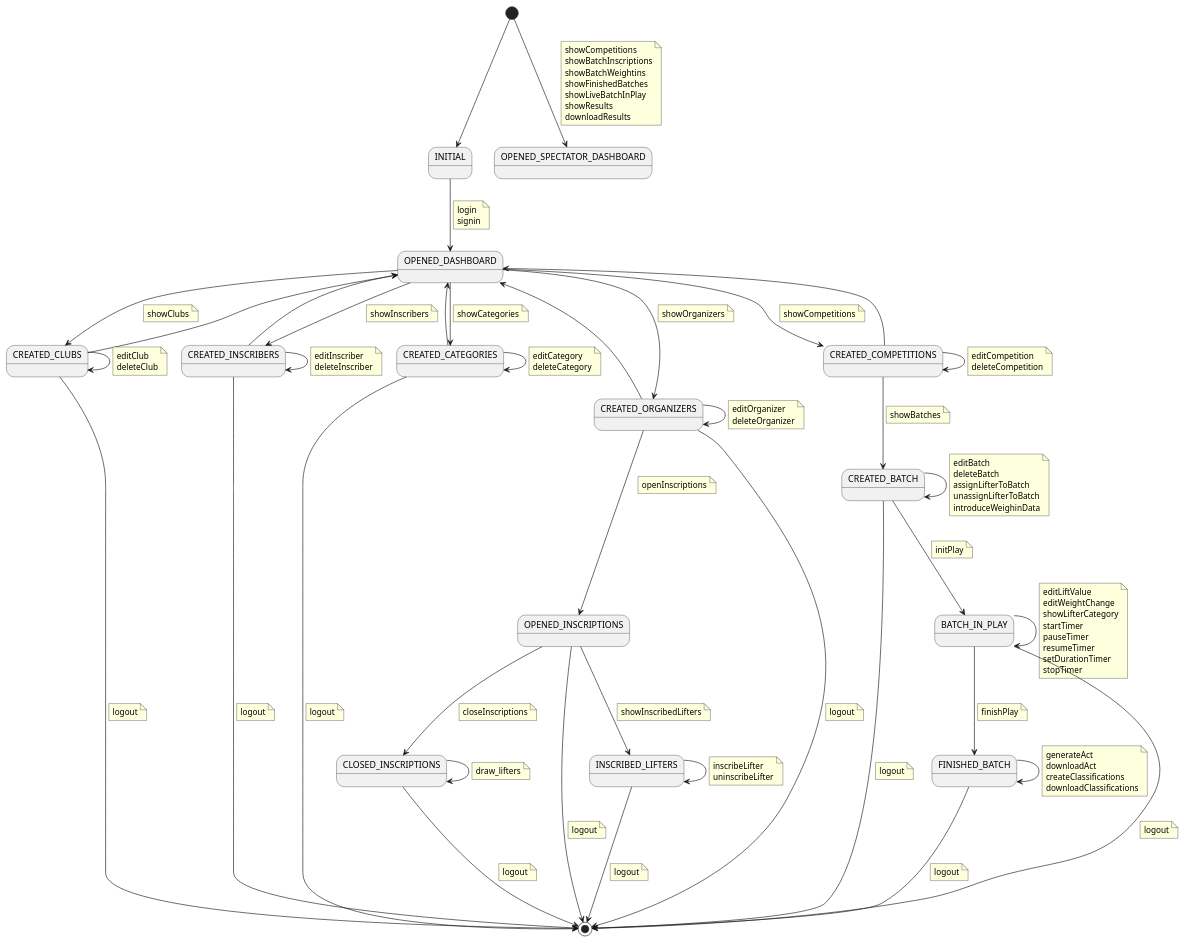
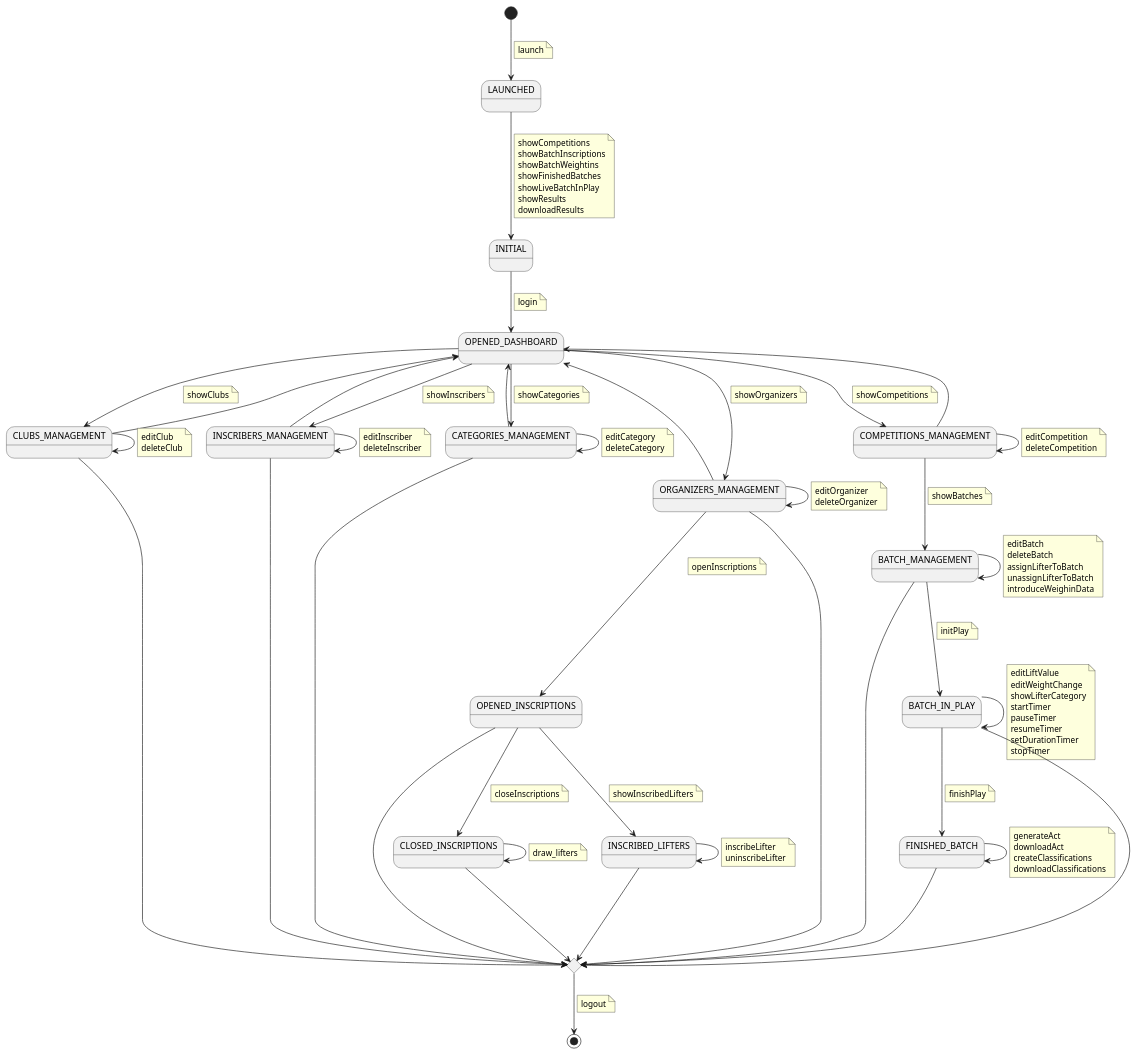
One commit to zuldare/mastercloud_pfm_halterocms changed the diagram in diagrams/context/contextDiagram.puml. Above: the diagram before and after it, drawn with PlantUML.

Commit message:
refactor after meeting with Luis fix MANAGEMENT names add launched

```diff
--- a/diagrams/context/contextDiagram.puml
+++ b/diagrams/context/contextDiagram.puml
@@ -1,71 +1,87 @@
 @startuml
+state LAUNCHED
 state INITIAL
 state OPENED_DASHBOARD
-state CREATED_CLUBS
-state CREATED_ORGANIZERS
-state CREATED_INSCRIBERS
-state CREATED_CATEGORIES
+state CLUBS_MANAGEMENT
+state ORGANIZERS_MANAGEMENT
+state INSCRIBERS_MANAGEMENT
+state CATEGORIES_MANAGEMENT
 state OPENED_INSCRIPTIONS
-state CREATED_COMPETITIONS
+state COMPETITIONS_MANAGEMENT
 state INSCRIBED_LIFTERS
-state CREATED_BATCH
+state BATCH_MANAGEMENT
 state BATCH_IN_PLAY
 state FINISHED_BATCH
-state OPENED_SPECTATOR_DASHBOARD
 
-[*] --> INITIAL
+state logoutChoice <<choice>>
+
+[*] --> LAUNCHED
+note on link
+  launch
+end note
+
+LAUNCHED --> INITIAL
+note on link
+  showCompetitions
+  showBatchInscriptions
+  showBatchWeightins
+  showFinishedBatches
+  showLiveBatchInPlay
+  showResults
+  downloadResults
+end note
+
 INITIAL --> OPENED_DASHBOARD
 note on link
   login
-  signin
 end note
 
-OPENED_DASHBOARD --> CREATED_CLUBS
+OPENED_DASHBOARD --> CLUBS_MANAGEMENT
 note on link
   showClubs
 end note
-CREATED_CLUBS --> OPENED_DASHBOARD
+CLUBS_MANAGEMENT --> OPENED_DASHBOARD
 
 
-OPENED_DASHBOARD --> CREATED_ORGANIZERS
+OPENED_DASHBOARD --> ORGANIZERS_MANAGEMENT
 note on link
   showOrganizers
 end note
 
-CREATED_ORGANIZERS --> CREATED_ORGANIZERS
+ORGANIZERS_MANAGEMENT --> ORGANIZERS_MANAGEMENT
 note on link
   editOrganizer
   deleteOrganizer
 end note
-CREATED_ORGANIZERS --> OPENED_DASHBOARD
+ORGANIZERS_MANAGEMENT --> OPENED_DASHBOARD
 
 
-OPENED_DASHBOARD --> CREATED_INSCRIBERS
+OPENED_DASHBOARD --> INSCRIBERS_MANAGEMENT
 note on link
   showInscribers
 end note
-CREATED_INSCRIBERS --> OPENED_DASHBOARD
+INSCRIBERS_MANAGEMENT --> OPENED_DASHBOARD
 
-CREATED_INSCRIBERS --> CREATED_INSCRIBERS
+INSCRIBERS_MANAGEMENT --> INSCRIBERS_MANAGEMENT
 note on link
   editInscriber
   deleteInscriber
 end note
 
-OPENED_DASHBOARD --> CREATED_CATEGORIES
+OPENED_DASHBOARD --> CATEGORIES_MANAGEMENT
 note on link
   showCategories
 end note
 
-CREATED_CATEGORIES --> CREATED_CATEGORIES
+CATEGORIES_MANAGEMENT --> CATEGORIES_MANAGEMENT
 note on link
   editCategory
   deleteCategory
 end note
-CREATED_CATEGORIES --> OPENED_DASHBOARD
+CATEGORIES_MANAGEMENT --> OPENED_DASHBOARD
 
 
-CREATED_CLUBS --> CREATED_CLUBS
+CLUBS_MANAGEMENT --> CLUBS_MANAGEMENT
 note on link
   editClub
   deleteClub
@@ -79,7 +95,7 @@
 end note
 
 
-CREATED_ORGANIZERS --> OPENED_INSCRIPTIONS
+ORGANIZERS_MANAGEMENT --> OPENED_INSCRIPTIONS
 note on link
   openInscriptions
 end note
@@ -101,24 +117,24 @@
 end note
 
 
-OPENED_DASHBOARD --> CREATED_COMPETITIONS
+OPENED_DASHBOARD --> COMPETITIONS_MANAGEMENT
 note on link
   showCompetitions
 end note
 
-CREATED_COMPETITIONS --> OPENED_DASHBOARD
-CREATED_COMPETITIONS --> CREATED_COMPETITIONS
+COMPETITIONS_MANAGEMENT --> OPENED_DASHBOARD
+COMPETITIONS_MANAGEMENT --> COMPETITIONS_MANAGEMENT
 note on link
   editCompetition
   deleteCompetition
 end note
 
-CREATED_COMPETITIONS --> CREATED_BATCH
+COMPETITIONS_MANAGEMENT --> BATCH_MANAGEMENT
 note on link
   showBatches
 end note
 
-CREATED_BATCH --> CREATED_BATCH
+BATCH_MANAGEMENT --> BATCH_MANAGEMENT
 note on link
   editBatch
   deleteBatch
@@ -128,7 +144,7 @@
 end note
 
 
-CREATED_BATCH --> BATCH_IN_PLAY
+BATCH_MANAGEMENT --> BATCH_IN_PLAY
 note on link
   initPlay
 end note
@@ -159,61 +175,21 @@
 end note
 
 
-[*] --> OPENED_SPECTATOR_DASHBOARD
-note on link
-  showCompetitions
-  showBatchInscriptions
-  showBatchWeightins
-  showFinishedBatches
-  showLiveBatchInPlay
-  showResults
-  downloadResults
-end note
 
+CLUBS_MANAGEMENT ---> logoutChoice
+ORGANIZERS_MANAGEMENT ---> logoutChoice
+INSCRIBERS_MANAGEMENT ---> logoutChoice
+CATEGORIES_MANAGEMENT ---> logoutChoice
+OPENED_INSCRIPTIONS ---> logoutChoice
+INSCRIBED_LIFTERS ---> logoutChoice
+CLOSED_INSCRIPTIONS ---> logoutChoice
+BATCH_MANAGEMENT ---> logoutChoice
+BATCH_IN_PLAY ---> logoutChoice
+FINISHED_BATCH ---> logoutChoice
 
-
-CREATED_CLUBS ---> [*]
-note on link
- logout
-end note
-CREATED_ORGANIZERS ---> [*]
-note on link
- logout
-end note
-CREATED_INSCRIBERS ---> [*]
-note on link
- logout
-end note
-CREATED_CATEGORIES ---> [*]
+logoutChoice --> [*]
 note on link
  logout
 end note
 
-OPENED_INSCRIPTIONS ---> [*]
-note on link
- logout
-end note
-INSCRIBED_LIFTERS ---> [*]
-note on link
- logout
-end note
-CLOSED_INSCRIPTIONS ---> [*]
-note on link
- logout
-end note
-CREATED_BATCH ---> [*]
-note on link
- logout
-end note
-BATCH_IN_PLAY ---> [*]
-note on link
- logout
-end note
-FINISHED_BATCH ---> [*]
-note on link
- logout
-end note
-
-
-
 @enduml
```
